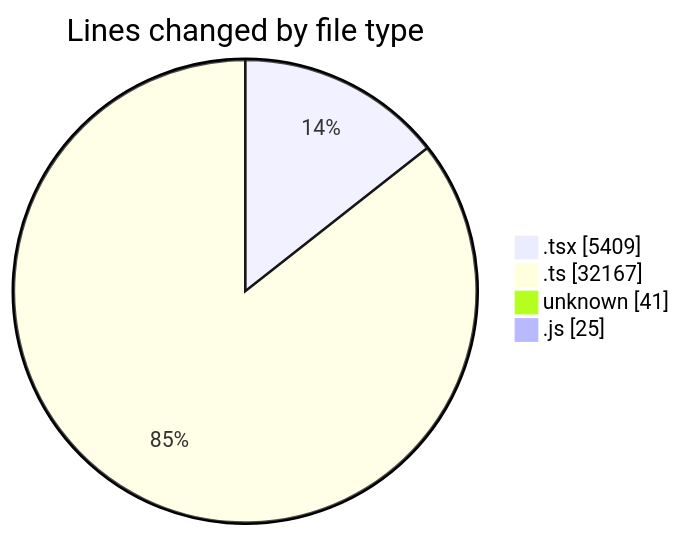
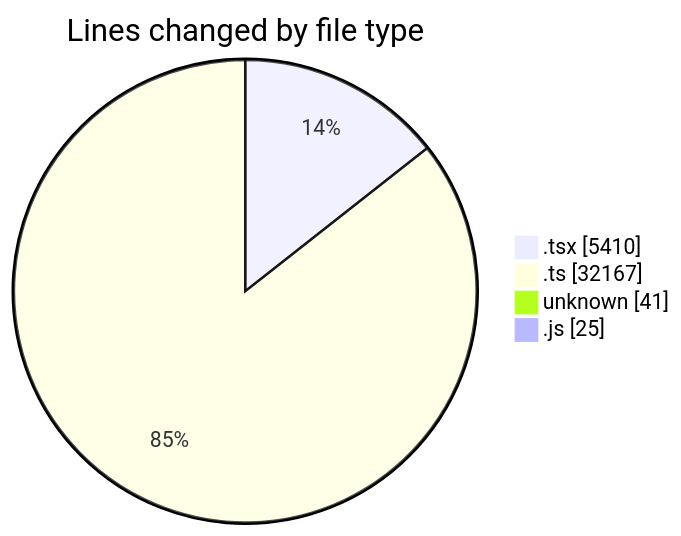
Before and after one commit to momahboobian/code-tracking: the first of 2 diagrams in 2025-07-07/cda/README.md, drawn with Mermaid. The commit also changed other lines of this file and 1 other file, not shown here.

````diff
--- a/2025-07-07/cda/README.md
+++ b/2025-07-07/cda/README.md
@@ -35,8 +35,8 @@
 ```mermaid
 pie showData
 title Lines changed by file type
-".tsx" : 5409
+".tsx" : 5410
 ".ts" : 32167
 "unknown" : 41
 ".js" : 25
 ```
````
